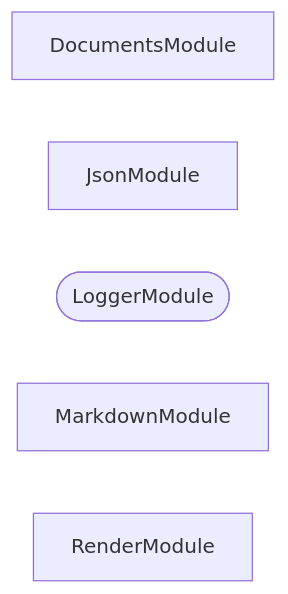
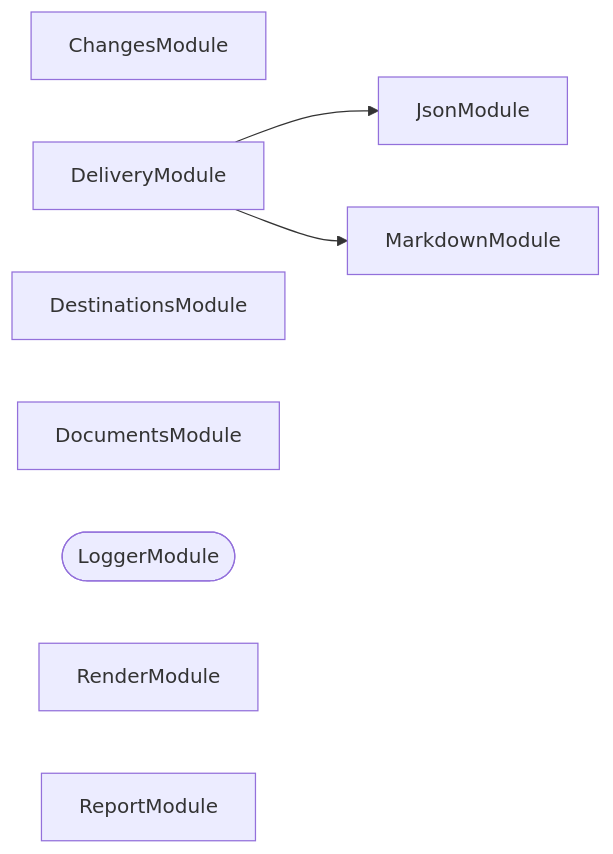
One commit to JimmyPaolini/codebase changed the second of 3 diagrams in packages/ic-suite/codometer/codometer-output/README.md. Above: the diagram before and after it, drawn with Mermaid. The commit also changed other lines of this file and 251 other files, not shown here.

````diff
--- a/packages/ic-suite/codometer/codometer-output/README.md
+++ b/packages/ic-suite/codometer/codometer-output/README.md
@@ -140,8 +171,14 @@
 ```mermaid
 flowchart LR
+  ChangesModule
+  DeliveryModule
+  DestinationsModule
   DocumentsModule
   JsonModule
   LoggerModule([LoggerModule])
   MarkdownModule
   RenderModule
+  ReportModule
+  DeliveryModule --> JsonModule
+  DeliveryModule --> MarkdownModule
 ```
````
